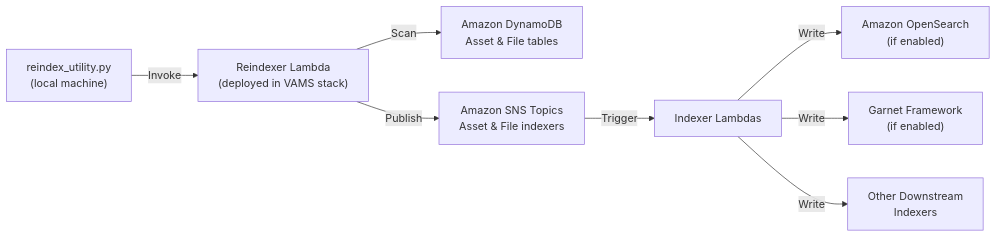
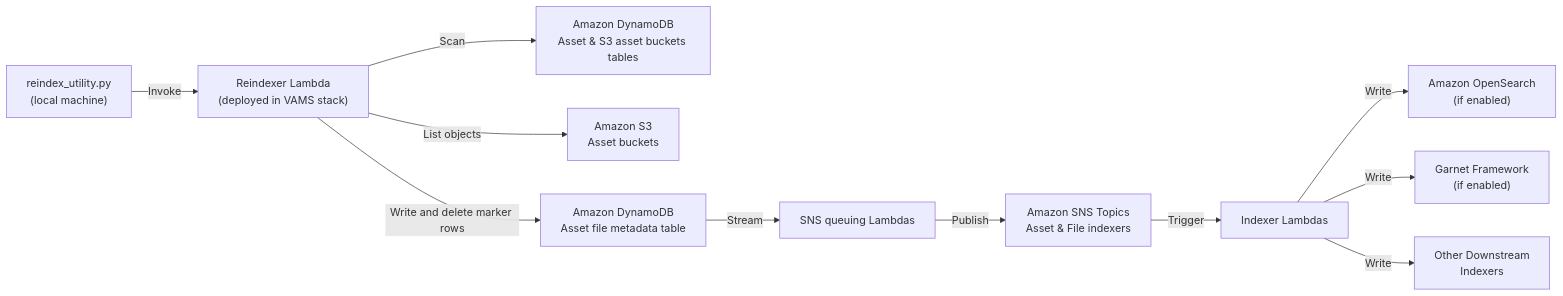
The diagram in documentation/docusaurus-site/docs/developer/utilities/reindex.md (awslabs/visual-asset-management-system), drawn with Mermaid before and after one commit. The commit also changed other lines of this file and 221 other files, not shown here.

````diff
--- a/documentation/docusaurus-site/docs/developer/utilities/reindex.md
+++ b/documentation/docusaurus-site/docs/developer/utilities/reindex.md
@@ -14,10 +14,13 @@
 ```mermaid
 flowchart LR
     Script["reindex_utility.py<br/>(local machine)"] -->|Invoke| Lambda["Reindexer Lambda<br/>(deployed in VAMS stack)"]
-    Lambda -->|Scan| DDB["Amazon DynamoDB<br/>Asset & File tables"]
-    Lambda -->|Publish| SNS["Amazon SNS Topics<br/>Asset & File indexers"]
+    Lambda -->|Scan| DDB["Amazon DynamoDB<br/>Asset & S3 asset buckets tables"]
+    Lambda -->|List objects| S3["Amazon S3<br/>Asset buckets"]
+    Lambda -->|Write and delete marker rows| Meta["Amazon DynamoDB<br/>Asset file metadata table"]
+    Meta -->|Stream| Queuing["SNS queuing Lambdas"]
+    Queuing -->|Publish| SNS["Amazon SNS Topics<br/>Asset & File indexers"]
     SNS -->|Trigger| Indexer["Indexer Lambdas"]
     Indexer -->|Write| OS["Amazon OpenSearch<br/>(if enabled)"]
     Indexer -->|Write| Garnet["Garnet Framework<br/>(if enabled)"]
     Indexer -->|Write| Other["Other Downstream<br/>Indexers"]
 ```
````
